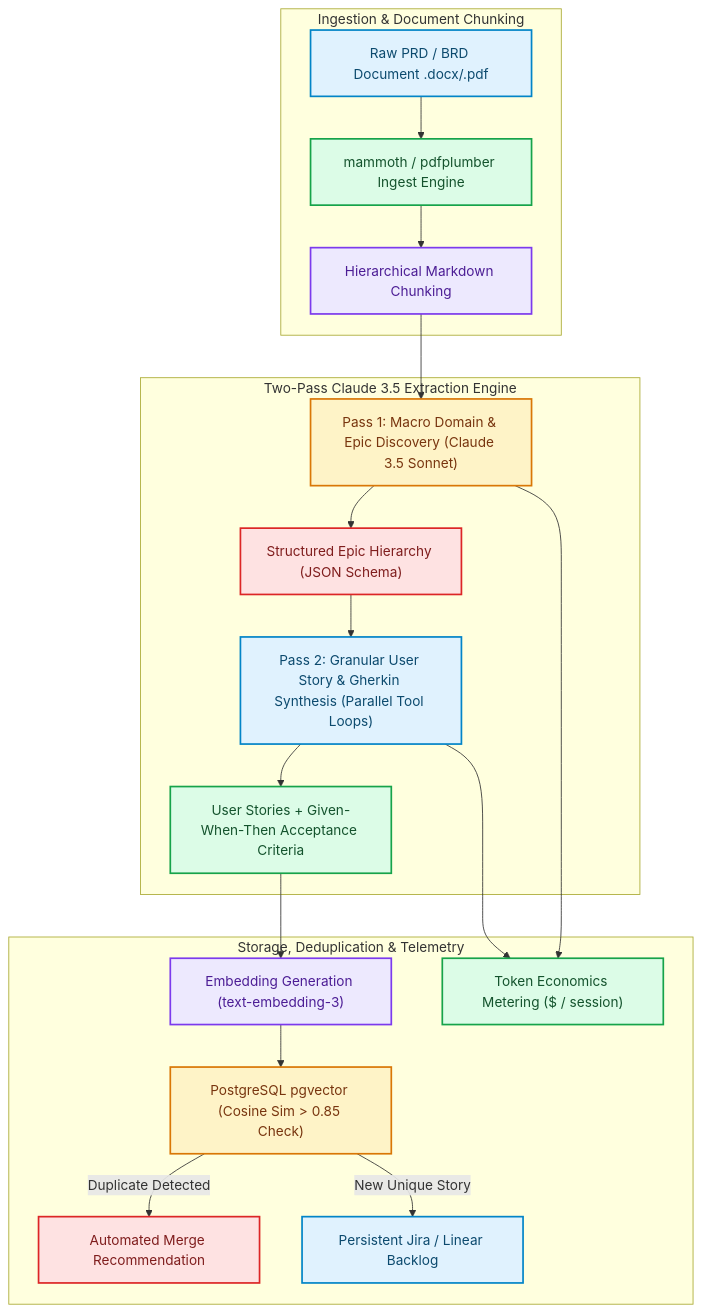
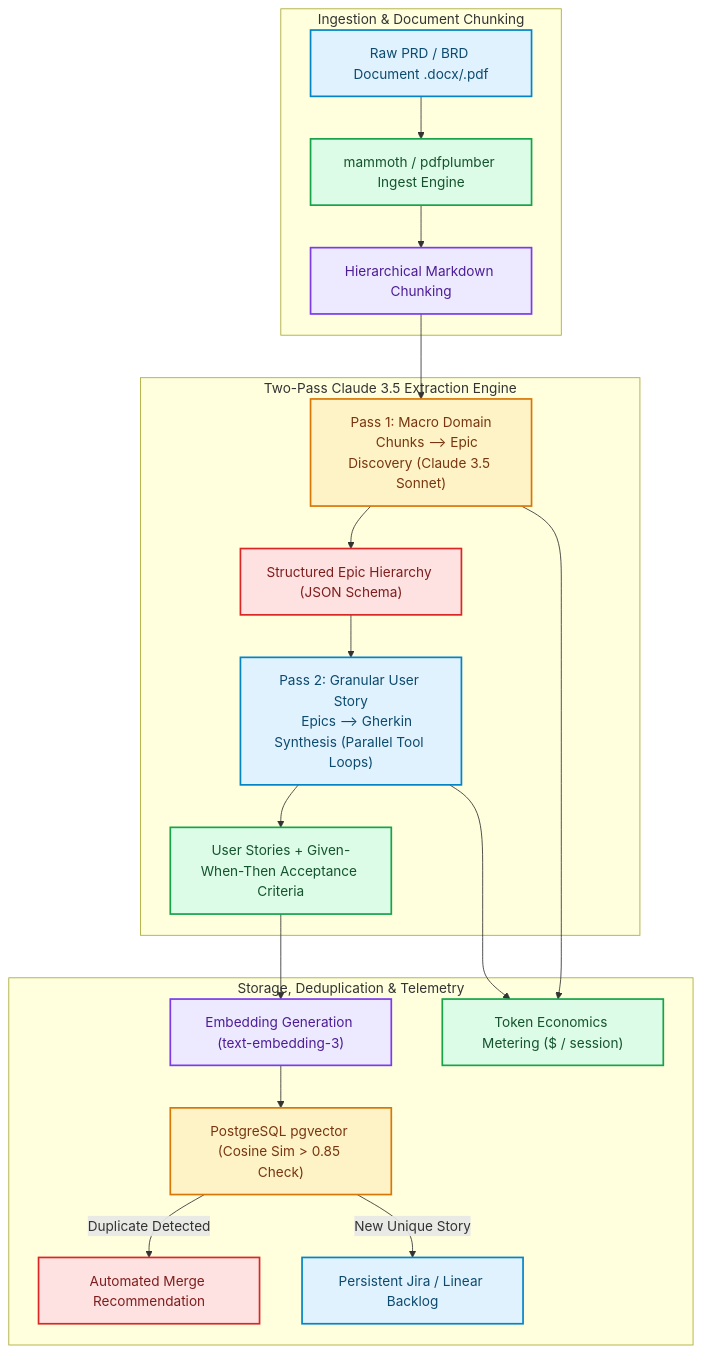
The diagram in blog/posts/building-specforge-two-pass-claude-pipeline-pgvector-token-economics.md (akmalkhaniub/akmalkhaniub.github.io), drawn with Mermaid before and after one commit. The commit also changed 894 other files, not shown here.

Commit message:
feat(blog): upgrade all 444 posts with unique staggered dates, 2-col Mermaid spines, benchmark tables, code blocks, and trade-offs

````diff
--- a/blog/posts/building-specforge-two-pass-claude-pipeline-pgvector-token-economics.md
+++ b/blog/posts/building-specforge-two-pass-claude-pipeline-pgvector-token-economics.md
@@ -19,33 +19,36 @@
 ```mermaid
 flowchart TD
   subgraph SG1_IngestionDocumentChunking ["Ingestion & Document Chunking"]
     Doc["Raw PRD / BRD Document .docx/.pdf"] --> Ingestion["mammoth / pdfplumber Ingest Engine"]
     Ingestion --> Chunks["Hierarchical Markdown Chunking"]
   end
   
   subgraph SG2_TwoPassClaude ["Two-Pass Claude 3.5 Extraction Engine"]
-    Chunks --> Pass1["Pass 1: Macro Domain & Epic Discovery (Claude 3.5 Sonnet)"]
+    Chunks --> Pass1["Pass 1: Macro Domain
+    Chunks --> Epic Discovery (Claude 3.5 Sonnet)"]
     Pass1 --> Epics["Structured Epic Hierarchy (JSON Schema)"]
-    Epics --> Pass2["Pass 2: Granular User Story & Gherkin Synthesis (Parallel Tool Loops)"]
+    Epics --> Pass2["Pass 2: Granular User Story
+    Epics --> Gherkin Synthesis (Parallel Tool Loops)"]
     Pass2 --> Stories["User Stories + Given-When-Then Acceptance Criteria"]
   end
   
   subgraph SG3_StorageDeduplicationTelemetry ["Storage, Deduplication & Telemetry"]
     Stories --> Embedder["Embedding Generation (text-embedding-3)"]
     Embedder --> PGVector["PostgreSQL pgvector (Cosine Sim > 0.85 Check)"]
     PGVector -->|Duplicate Detected| Merge["Automated Merge Recommendation"]
     PGVector -->|New Unique Story| Backlog["Persistent Jira / Linear Backlog"]
-    Pass1 & Pass2 --> Metering["Token Economics Metering ($ / session)"]
+    Pass1 --> Metering["Token Economics Metering ($ / session)"]
+    Pass2 --> Metering
   end
 
 classDef green fill:#dcfce7,stroke:#16a34a,stroke-width:2px,color:#14532d;
 classDef red fill:#fee2e2,stroke:#dc2626,stroke-width:2px,color:#7f1d1d;
 classDef blue fill:#e0f2fe,stroke:#0284c7,stroke-width:2px,color:#0c4a6e;
 classDef yellow fill:#fef3c7,stroke:#d97706,stroke-width:2px,color:#78350f;
 classDef purple fill:#ede9fe,stroke:#7c3aed,stroke-width:2px,color:#4c1d95;
 class Doc,Pass2,Backlog blue
 class Ingestion,Stories,Metering green
 class Chunks,Embedder purple
 class Pass1,PGVector yellow
 class Epics,Merge red
 ```
````
